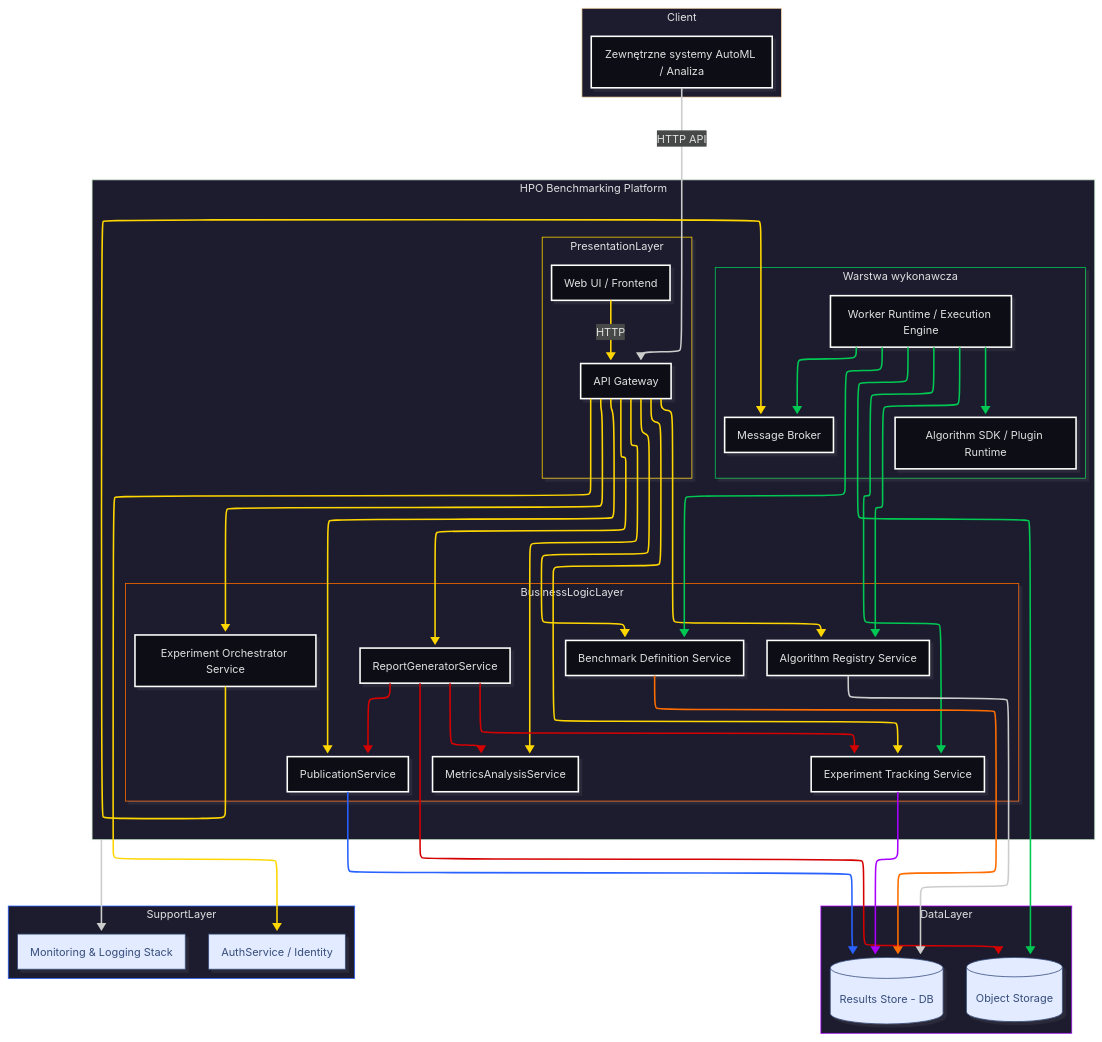
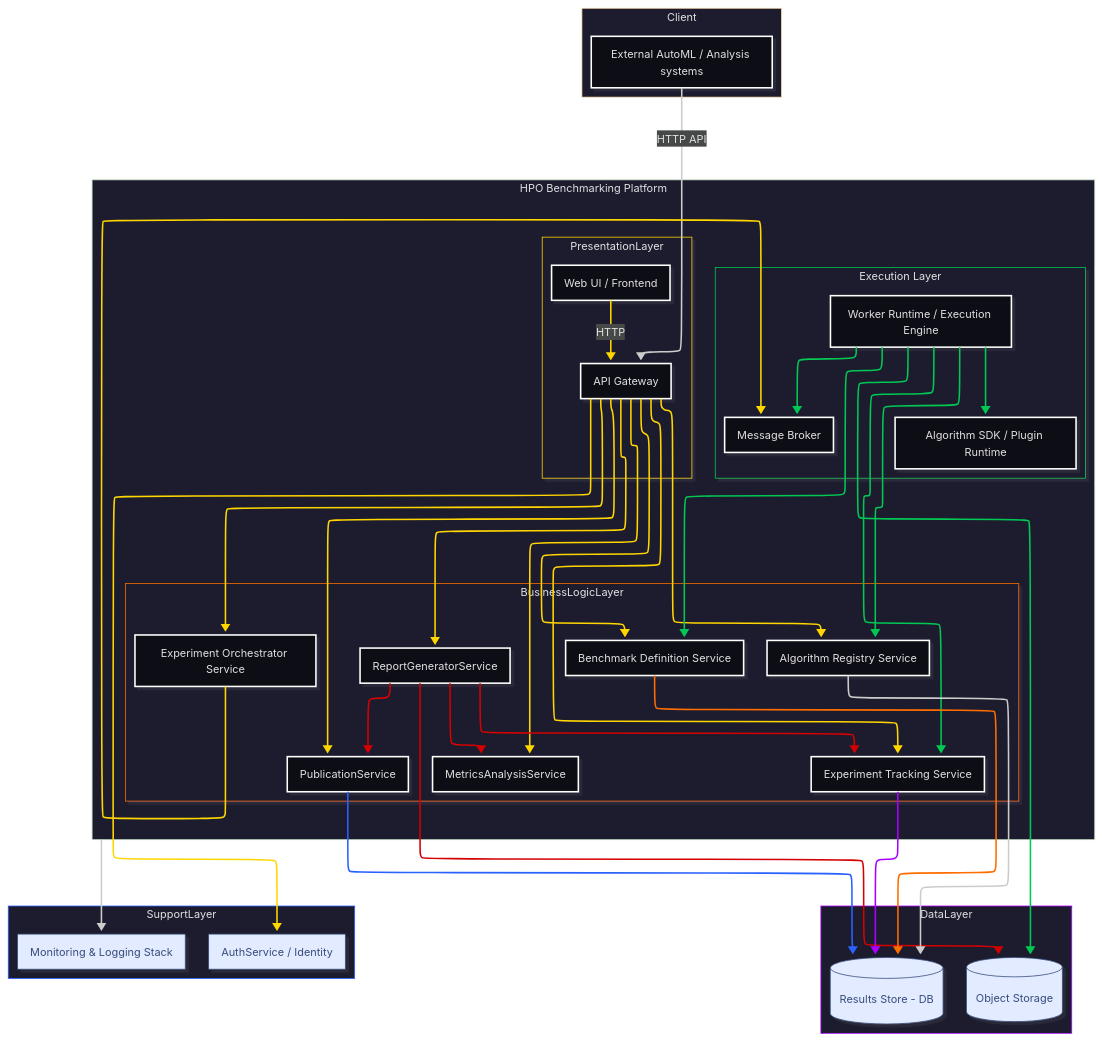
The diagram in docs/architecture/c2-containers.md (jedrzejpolaczek/aviarium.corvidae.corvus_corone), drawn with Mermaid before and after one commit. The commit also changed other lines of this file and 21 other files, not shown here.

```diff
--- a/docs/architecture/c2-containers.md
+++ b/docs/architecture/c2-containers.md
@@ -15,7 +15,7 @@
 ---
 flowchart TB
  subgraph Client["Client"]
-        Ext["Zewnętrzne systemy AutoML / Analiza"]
+        Ext["External AutoML / Analysis systems"]
   end
  subgraph PresentationLayer["PresentationLayer"]
         UI["Web UI / Frontend"]
@@ -30,7 +30,7 @@
         PUB["PublicationService"]
         RGS["ReportGeneratorService"]
   end
- subgraph ExecLayer["Warstwa wykonawcza"]
+ subgraph ExecLayer["Execution Layer"]
         MB["Message Broker"]
         WORKER["Worker Runtime / Execution Engine"]
         PLUGIN["Algorithm SDK / Plugin Runtime"]
```
